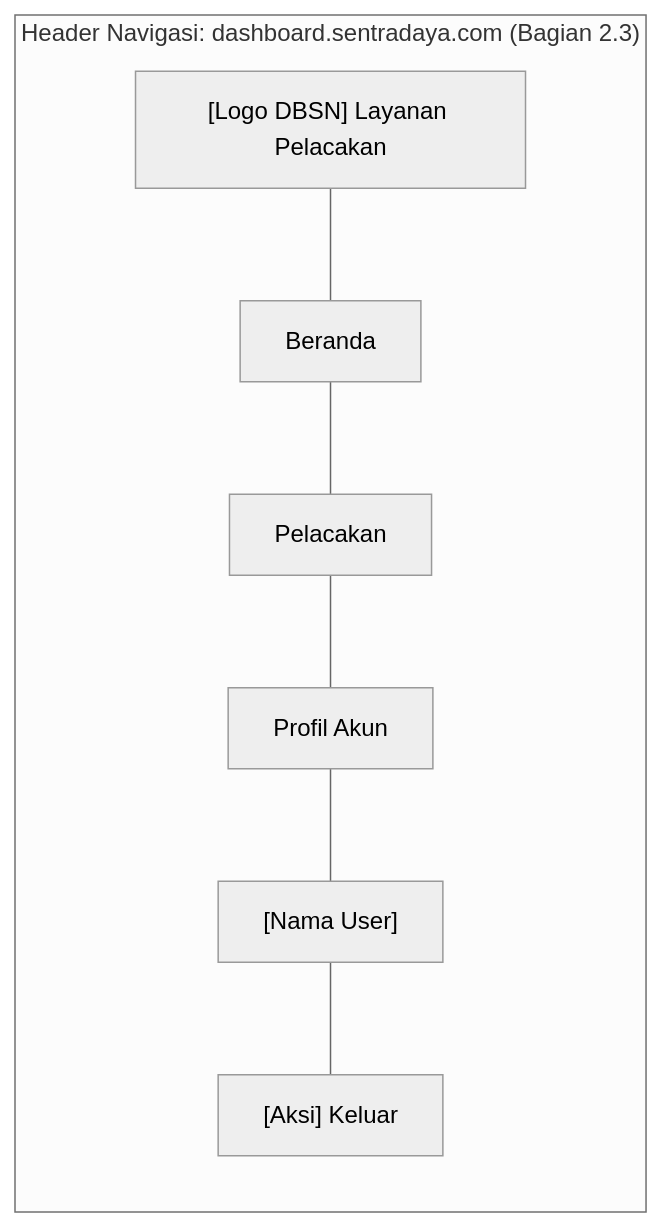
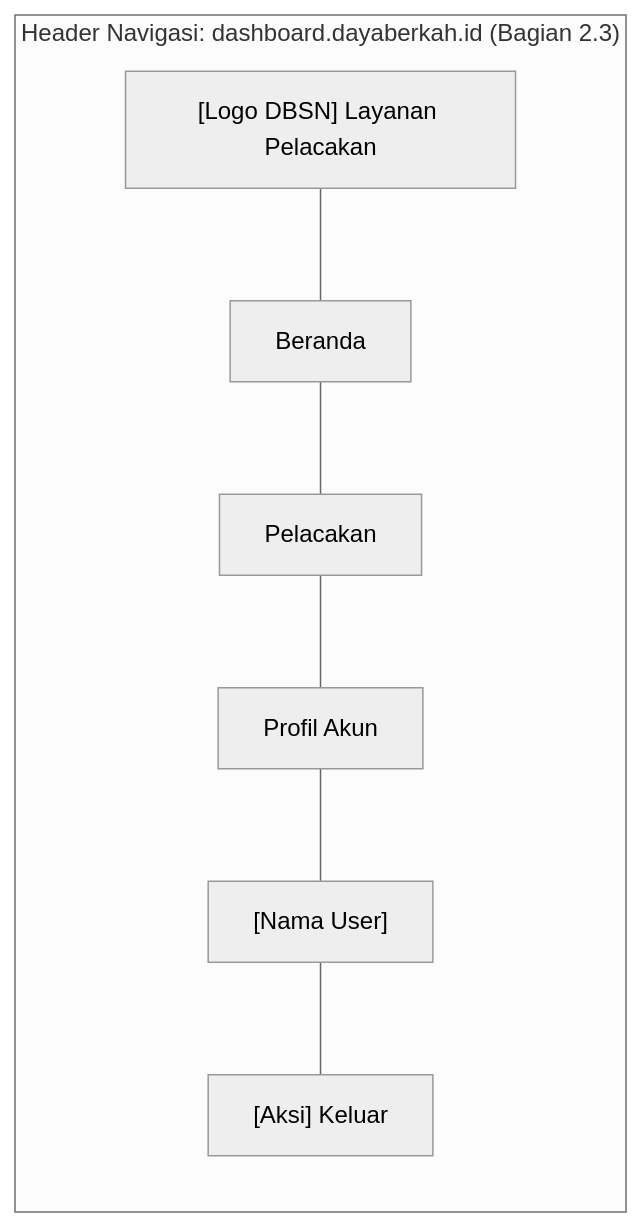
The third of 3 diagrams in docs/core/information-architecture/ia-strategy-navigation.md (pxrzival404/arostech-hub), drawn with Mermaid before and after one commit. The commit also changed other lines of this file and 27 other files, not shown here.

````diff
--- a/docs/core/information-architecture/ia-strategy-navigation.md
+++ b/docs/core/information-architecture/ia-strategy-navigation.md
@@ -120,20 +120,20 @@
 ```mermaid
 ---
 config:
   layout: dagre
   theme: neutral
 ---
 flowchart LR
     classDef entry fill:#fef3c7,stroke:#d97706,stroke-width:2px,color:#92400e
     classDef conversion fill:#fff7ed,stroke:#ea580c,stroke-width:2px,color:#9a3412
 
- subgraph HEADER_DASHBOARD["Header Navigasi: dashboard.sentradaya.com (Bagian 2.3)"]
+ subgraph HEADER_DASHBOARD["Header Navigasi: dashboard.dayaberkah.id (Bagian 2.3)"]
         DH_LOGO["[Logo DBSN] Layanan Pelacakan"]
         DH_NAV1["Beranda"]
         DH_NAV2["Pelacakan"]
         DH_NAV3["Profil Akun"]
         DH_USER["[Nama User]"]
         DH_LOGOUT["[Aksi] Keluar"]
  end
     DH_LOGO --- DH_NAV1 --- DH_NAV2 --- DH_NAV3 --- DH_USER --- DH_LOGOUT
 ```
````
